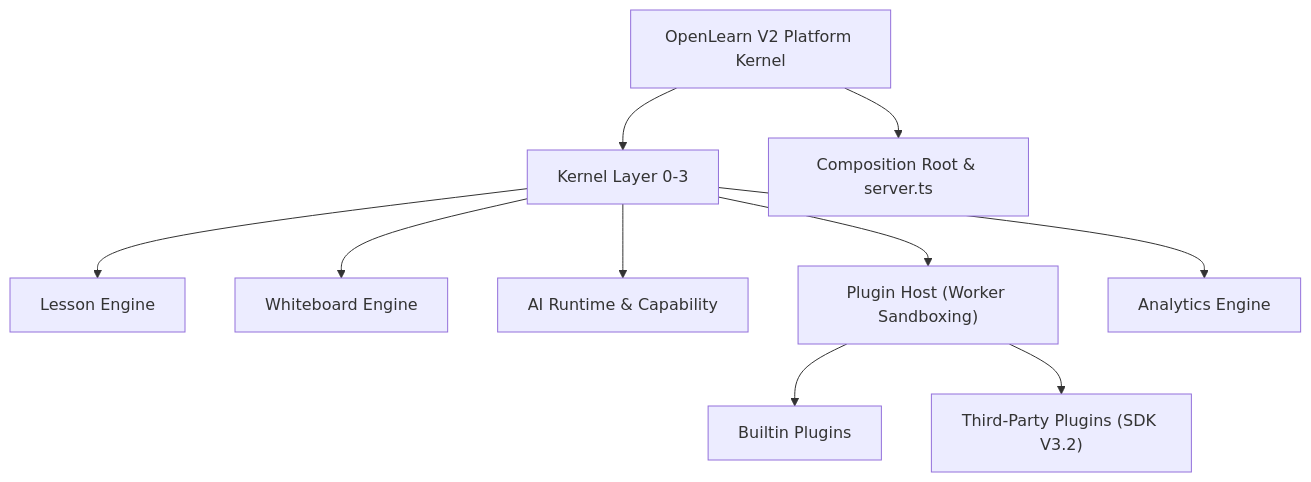
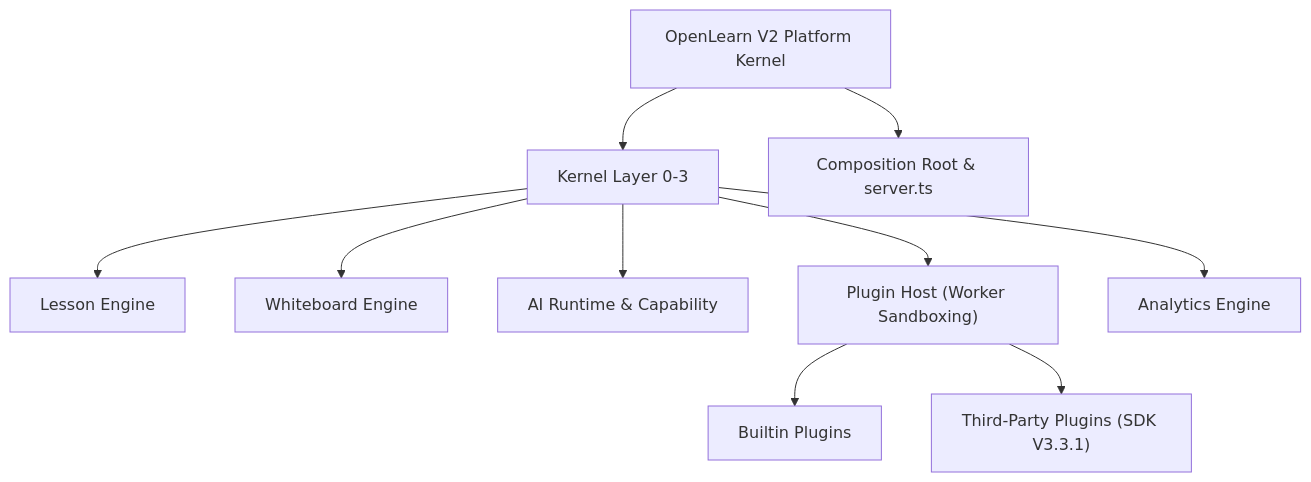
The diagram in docs/getting-started/overview.md (aymwoo/OpenLearn-Next-V2), drawn with Mermaid before and after one commit. The commit also changed other lines of this file and 5 other files, not shown here.

````diff
--- a/docs/getting-started/overview.md
+++ b/docs/getting-started/overview.md
@@ -51,14 +51,14 @@
 ```mermaid
 graph TD
     A["OpenLearn V2 Platform Kernel"] --> B["Kernel Layer 0-3"]
     A --> C["Composition Root & server.ts"]
     
     B --> D["Lesson Engine"]
     B --> E["Whiteboard Engine"]
     B --> F["AI Runtime & Capability"]
     B --> G["Plugin Host (Worker Sandboxing)"]
     B --> H["Analytics Engine"]
     
     G --> I["Builtin Plugins"]
-    G --> J["Third-Party Plugins (SDK V3.2)"]
+    G --> J["Third-Party Plugins (SDK V3.3.1)"]
 ```
````
